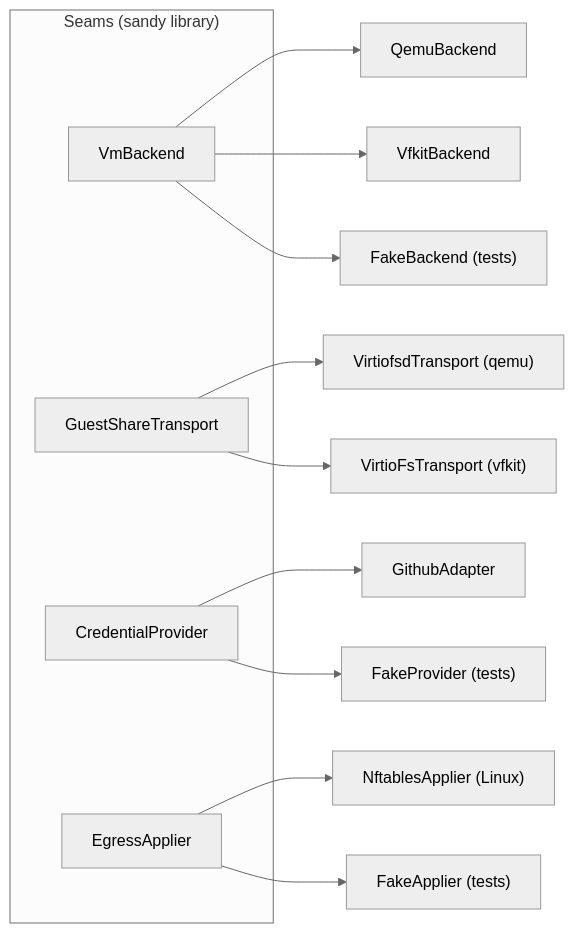
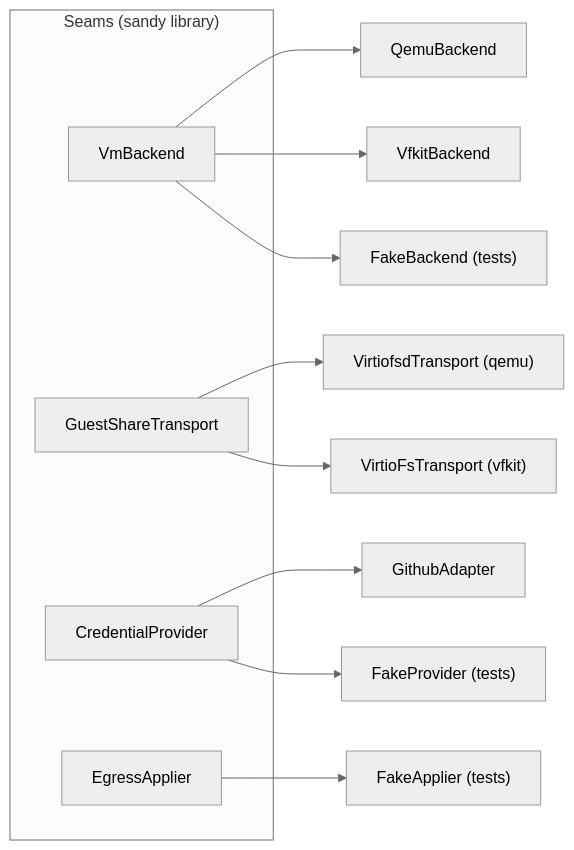
The second of 3 diagrams in docs/architecture/overview.md (kauki-labs/sandy), drawn with Mermaid (neutral theme) before and after one commit. The commit also changed other lines of this file and 14 other files, not shown here.

````diff
--- a/docs/architecture/overview.md
+++ b/docs/architecture/overview.md
@@ -56,18 +56,17 @@
 ```mermaid
 flowchart LR
   subgraph seams["Seams (sandy library)"]
     VmBackend
     GuestShareTransport
     CredentialProvider
     EgressApplier
   end
   VmBackend --> QemuBackend
   VmBackend --> VfkitBackend
   VmBackend --> FakeBackend["FakeBackend (tests)"]
   GuestShareTransport --> VirtiofsdTransport["VirtiofsdTransport (qemu)"]
   GuestShareTransport --> VirtioFsTransport["VirtioFsTransport (vfkit)"]
   CredentialProvider --> GithubAdapter
   CredentialProvider --> FakeProvider["FakeProvider (tests)"]
-  EgressApplier --> NftablesApplier["NftablesApplier (Linux)"]
   EgressApplier --> FakeApplier["FakeApplier (tests)"]
 ```
````
